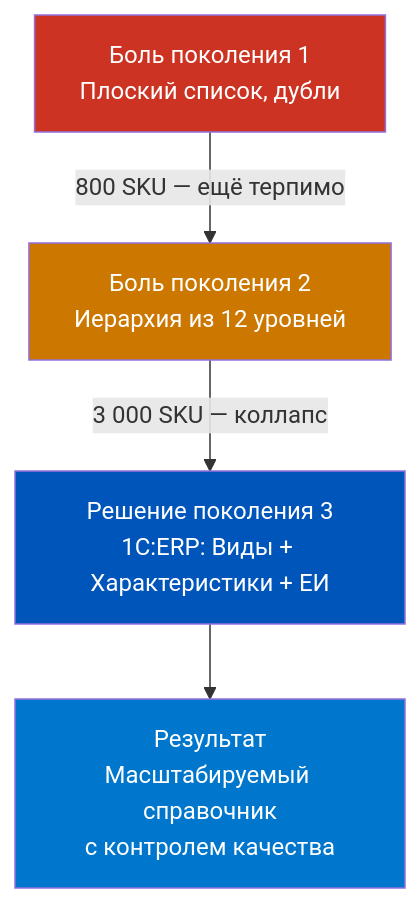
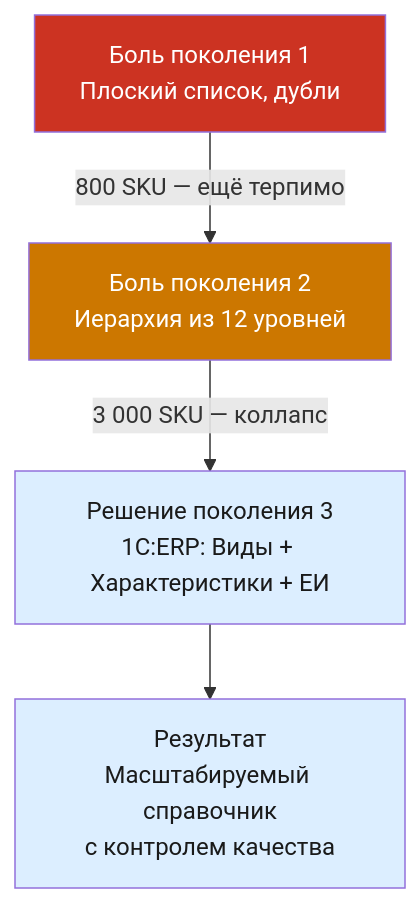
One commit to murad1986/1c-erp-quartz changed the first of 7 diagrams in content/1c-erp/week_2/Неделя 2 - День 1 - Номенклатура.md. Above: the diagram before and after it, drawn with Mermaid. The commit also changed other lines of this file and 57 other files, not shown here.

First line of the commit message:
fix: Mermaid — пастельные цвета в источниках диаграмм (56 файлов)

````diff
--- a/content/1c-erp/week_2/Неделя 2 - День 1 - Номенклатура.md
+++ b/content/1c-erp/week_2/Неделя 2 - День 1 - Номенклатура.md
@@ -57,16 +57,16 @@
 ```mermaid
 graph TD
     A["Боль поколения 1<br/>Плоский список, дубли"]
     B["Боль поколения 2<br/>Иерархия из 12 уровней"]
     C["Решение поколения 3<br/>1С:ERP: Виды + Характеристики + ЕИ"]
     D["Результат<br/>Масштабируемый справочник<br/>с контролем качества"]
 
     A -->|"800 SKU — ещё терпимо"| B
     B -->|"3 000 SKU — коллапс"| C
     C --> D
 
     style A fill:#CC3322,color:#fff
     style B fill:#CC7700,color:#fff
-    style C fill:#0055BB,color:#fff
-    style D fill:#0077CC,color:#fff
+    style C fill:#dceeff,color:#1a1a1a
+    style D fill:#dceeff,color:#1a1a1a
 ```
````
